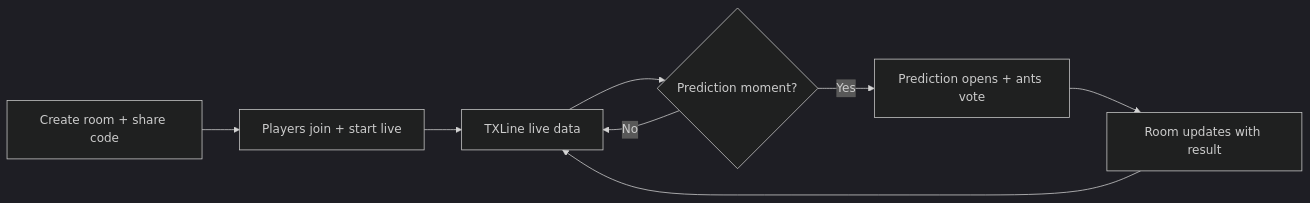
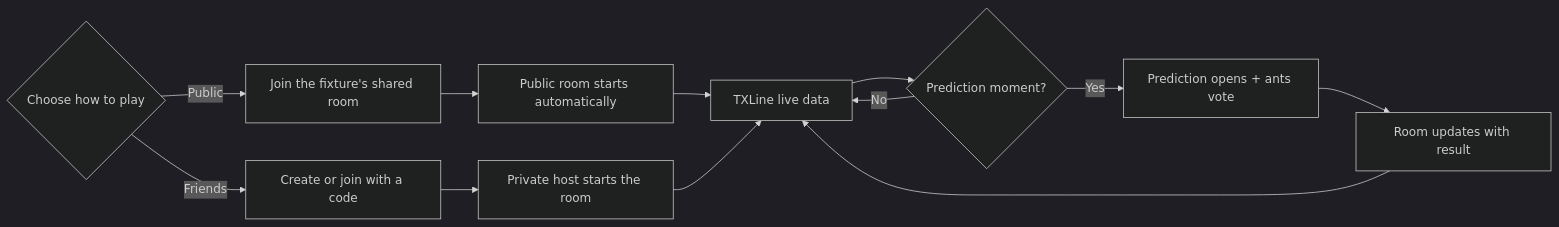
One commit to Worldcolony/age-of-colony changed the diagram in README.md. Above: the diagram before and after it, drawn with Mermaid (dark theme). The commit also changed other lines of this file and 15 other files, not shown here.

Commit message:
Add public and private player room flows

````diff
--- a/README.md
+++ b/README.md
@@ -11,10 +11,14 @@
 ```mermaid
 flowchart LR
-    A[Create room + share code] --> B[Players join + start live]
-    B --> C[TXLine live data]
-    C --> D{Prediction moment?}
-    D -->|No| C
-    D -->|Yes| E[Prediction opens + ants vote]
-    E --> F[Room updates with result]
-    F --> C
+    A{Choose how to play} -->|Public| B[Join the fixture's shared room]
+    A -->|Friends| C[Create or join with a code]
+    B --> D[Public room starts automatically]
+    C --> E[Private host starts the room]
+    D --> F[TXLine live data]
+    E --> F
+    F --> G{Prediction moment?}
+    G -->|No| F
+    G -->|Yes| H[Prediction opens + ants vote]
+    H --> I[Room updates with result]
+    I --> F
 ```
````
